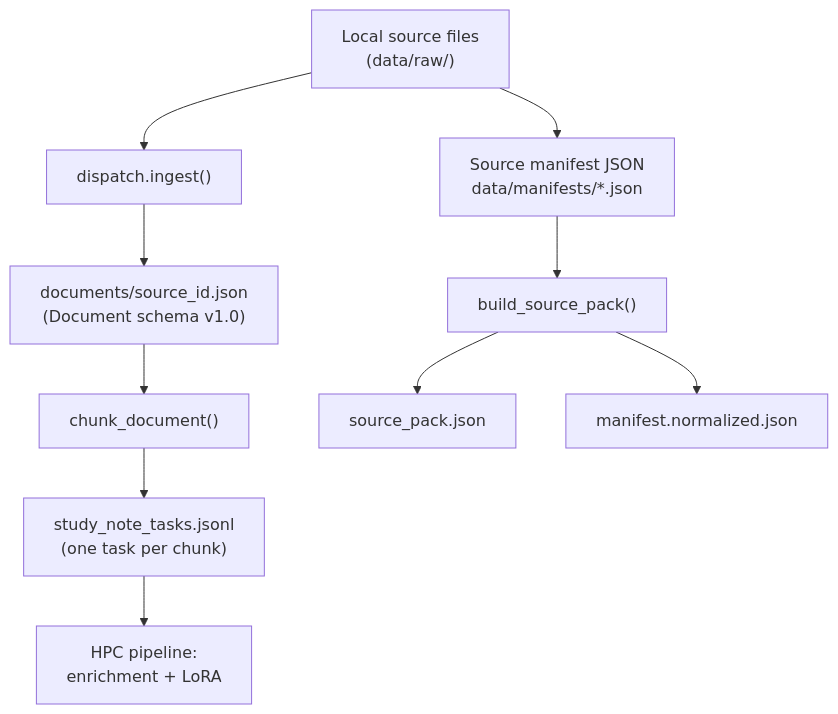
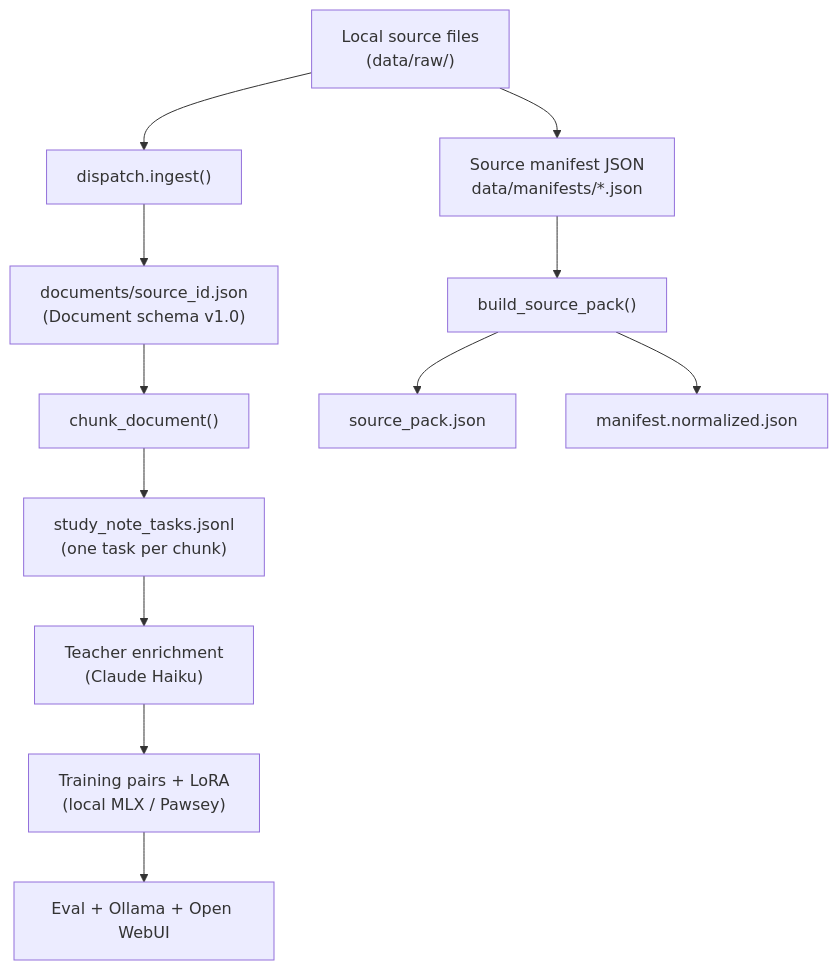
One commit to ksbtkv/edge-slm changed the diagram in docs/project_status_report.md. Above: the diagram before and after it, drawn with Mermaid. The commit also changed other lines of this file and 3 other files, not shown here.

````diff
--- a/docs/project_status_report.md
+++ b/docs/project_status_report.md
@@ -57,12 +61,14 @@
 ```mermaid
 flowchart TD
     rawFiles["Local source files\n(data/raw/)"] --> manifest["Source manifest JSON\ndata/manifests/*.json"]
     manifest --> buildPack["build_source_pack()"]
     rawFiles --> ingest["dispatch.ingest()"]
     ingest --> docJSON["documents/source_id.json\n(Document schema v1.0)"]
     docJSON --> chunker["chunk_document()"]
     chunker --> tasksJSONL["study_note_tasks.jsonl\n(one task per chunk)"]
     buildPack --> packIndex["source_pack.json"]
     buildPack --> normManifest["manifest.normalized.json"]
-    tasksJSONL --> hpc["HPC pipeline:\nenrichment + LoRA"]
+    tasksJSONL --> enrichStage["Teacher enrichment\n(Claude Haiku)"]
+    enrichStage --> trainStage["Training pairs + LoRA\n(local MLX / Pawsey)"]
+    trainStage --> deployStage["Eval + Ollama + Open WebUI"]
 ```
````
